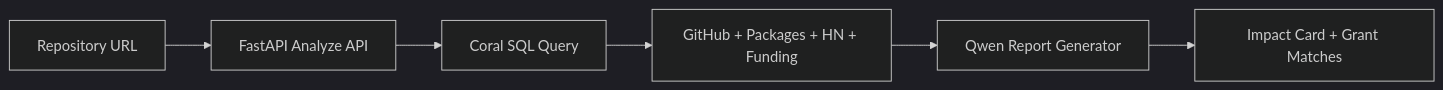
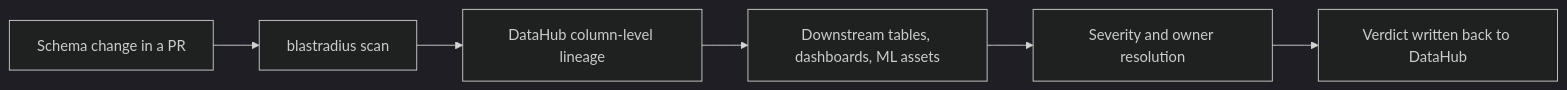
The first of 3 diagrams in README.md (himanshu748/himanshu748), drawn with Mermaid (dark theme) before and after one commit. The commit also changed other lines of this file, not shown here.

````diff
--- a/README.md
+++ b/README.md
@@ -177,8 +196,8 @@
 ```mermaid
 flowchart LR
-  USER["Repository URL"] --> API["FastAPI Analyze API"]
-  API --> CORAL["Coral SQL Query"]
-  CORAL --> SOURCES["GitHub + Packages + HN + Funding"]
-  SOURCES --> MODEL["Qwen Report Generator"]
-  MODEL --> CARD["Impact Card + Grant Matches"]
+  PR["Schema change in a PR"] --> SCAN["blastradius scan"]
+  SCAN --> LIN["DataHub column-level lineage"]
+  LIN --> DOWN["Downstream tables, dashboards, ML assets"]
+  DOWN --> SEV["Severity and owner resolution"]
+  SEV --> BACK["Verdict written back to DataHub"]
 ```
````
